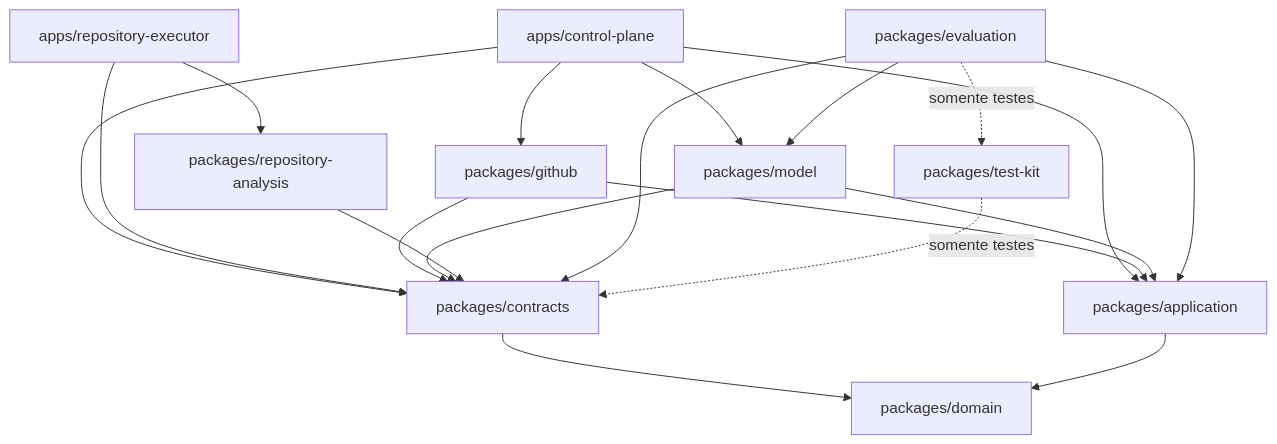
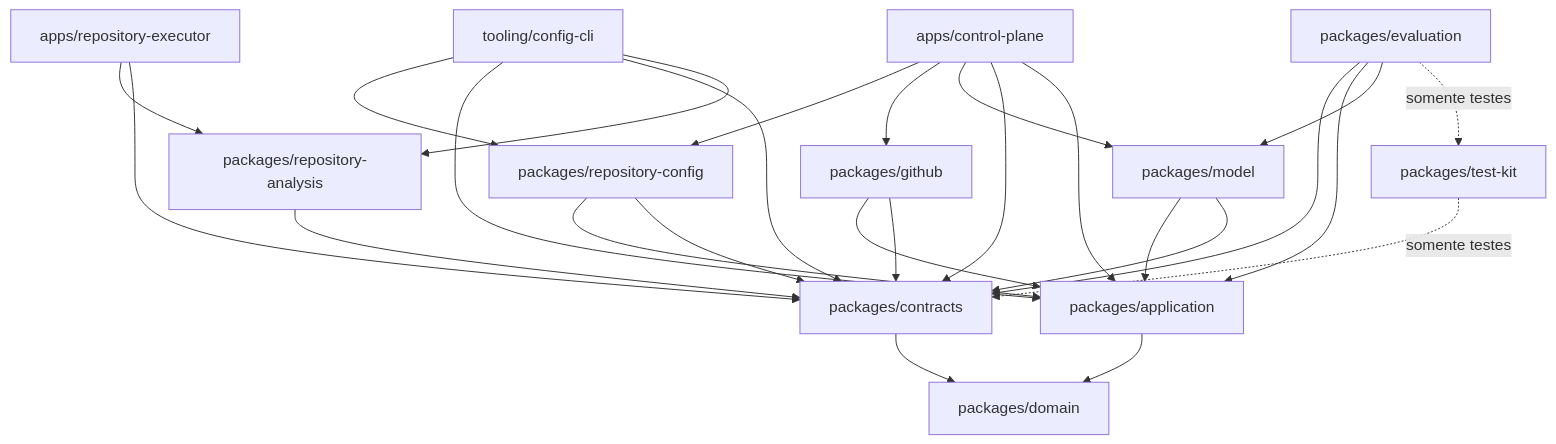
Before and after one commit to ThiagoCrepequer/holon: the diagram in docs/architecture/technical-ecosystem.md, drawn with Mermaid. The commit also changed other lines of this file and 17 other files, not shown here.

Commit message:
docs(config): document repository preferences, authority and rollout

````diff
--- a/docs/architecture/technical-ecosystem.md
+++ b/docs/architecture/technical-ecosystem.md
@@ -62,32 +64,41 @@
 ```mermaid
 flowchart TD
     CP[apps/control-plane]
     EX[apps/repository-executor]
     GH[packages/github]
     MO[packages/model]
     RA[packages/repository-analysis]
     CT[packages/contracts]
     EV[packages/evaluation]
     AP[packages/application]
     DO[packages/domain]
     TK[packages/test-kit]
+    RC[packages/repository-config]
+    CLI[tooling/config-cli]
 
+    CP --> RC
+    RC --> AP
+    RC --> CT
+    CLI --> RC
+    CLI --> AP
+    CLI --> CT
+    CLI --> RA
     CP --> GH
     CP --> MO
     CP --> CT
     CP --> AP
     EX --> RA
     EX --> CT
     GH --> AP
     GH --> CT
     MO --> AP
     MO --> CT
     RA --> CT
     EV --> CT
     EV --> AP
     EV --> MO
     EV -. somente testes .-> TK
     CT --> DO
     AP --> DO
     TK -. somente testes .-> CT
 ```
````
